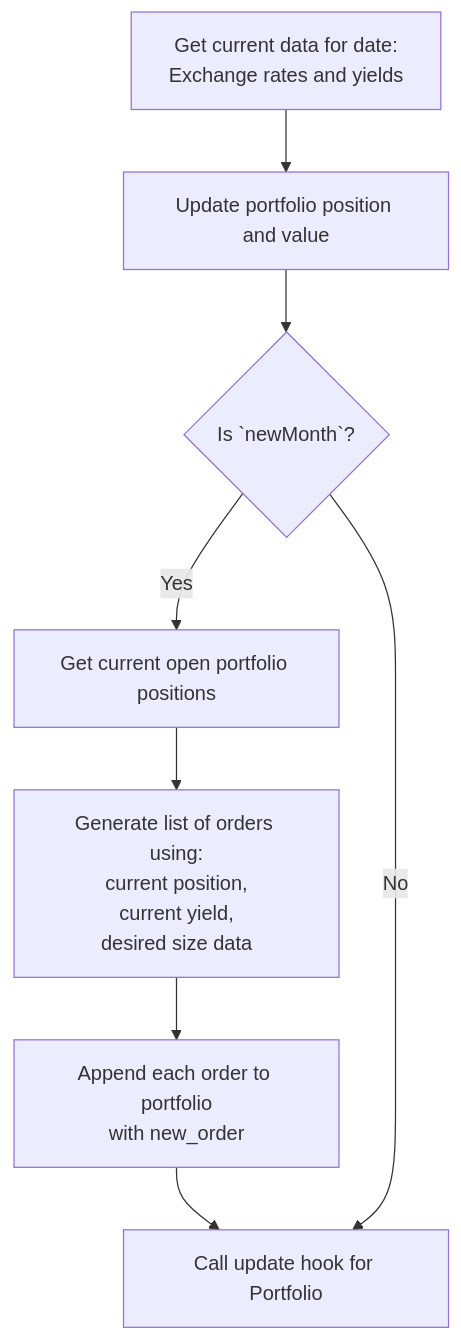
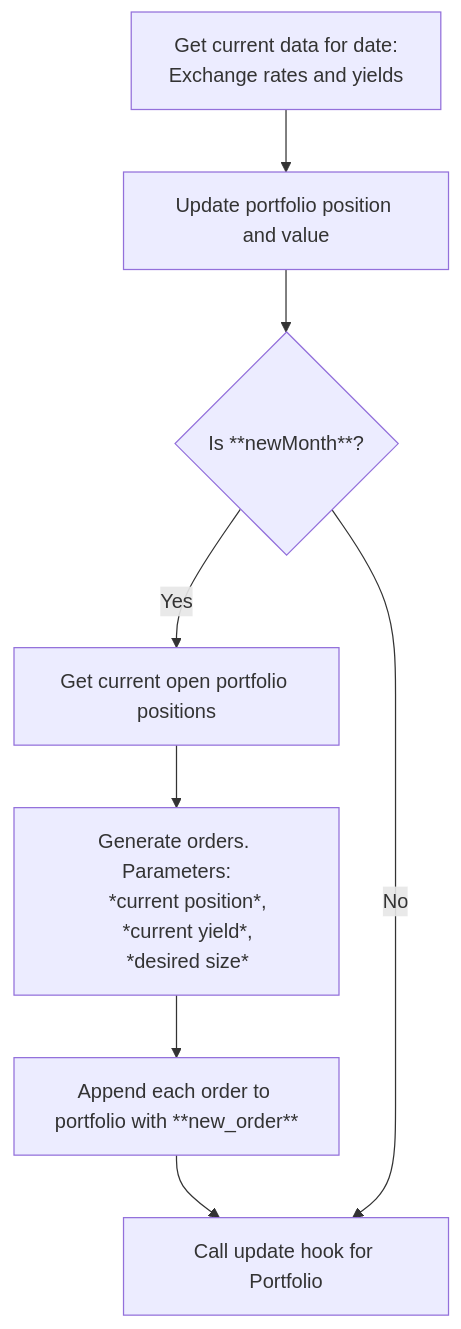
One commit to greenhillth/FINS3666-Assignment-3 changed the diagram in README.md. Above: the diagram before and after it, drawn with Mermaid.

Commit message:
flowchart done

````diff
--- a/README.md
+++ b/README.md
@@ -182,19 +182,23 @@
 ```mermaid
 flowchart TD
-    A[Get current data for date:\nExchange rates and yields];
+    A[Get current data for date:
+    Exchange rates and yields];
     B[Update portfolio position and value];
-    C{Is `newMonth`?};
+    C{Is **newMonth**?};
     D[Get current open portfolio positions];
-    E[Generate list of orders using:\ncurrent position,\ncurrent yield,\ndesired size data];
-    F[Append each order to portfolio\nwith new_order];
+    E[Generate orders. Parameters:
+    *current position*,
+    *current yield*,
+    *desired size*];
+    F[Append each order to portfolio with **new_order**];
     G[Call update hook for Portfolio];
 
     A --> B;
     B --> C;
     C -- Yes --> D;
     D --> E;
     E --> F;
     F --> G;
     C -- No --> G;
 
 ```
````
